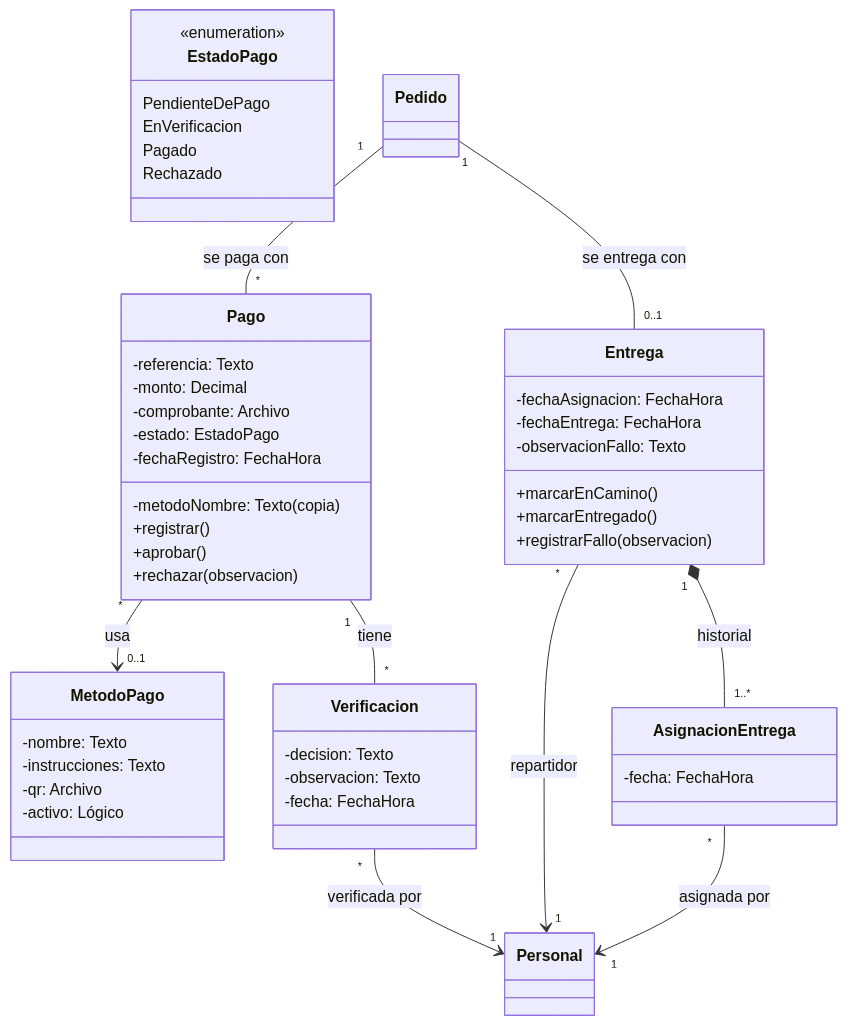
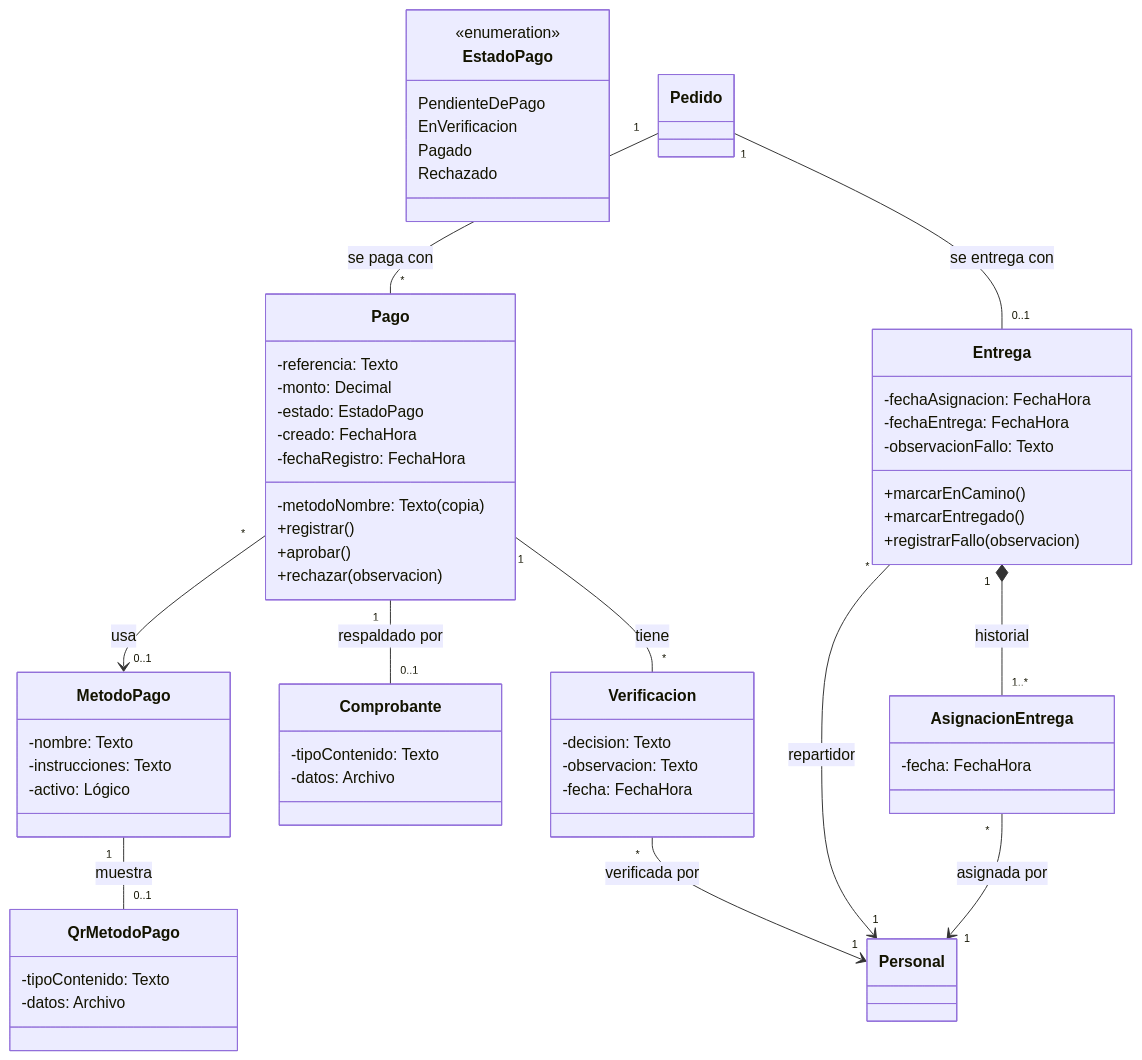
Before and after one commit to Anton10-AR/DulcesAromas: the seventh of 11 diagrams in docs/04-modelos-uml.md, drawn with Mermaid. The commit also changed other lines of this file, not shown here.

Commit message:
Modelos UML: ImagenProducto, Comprobante y QrMetodoPago en el diagrama de clases; atributos y componentes como en el código (RNF17)

````diff
--- a/docs/04-modelos-uml.md
+++ b/docs/04-modelos-uml.md
@@ -316,53 +323,62 @@
 ```mermaid
 classDiagram
   class Pago {
     -metodoNombre: Texto (copia)
     -referencia: Texto
     -monto: Decimal
-    -comprobante: Archivo
     -estado: EstadoPago
+    -creado: FechaHora
     -fechaRegistro: FechaHora
     +registrar()
     +aprobar()
     +rechazar(observacion)
   }
   class Verificacion {
     -decision: Texto
     -observacion: Texto
     -fecha: FechaHora
   }
   class Entrega {
     -fechaAsignacion: FechaHora
     -fechaEntrega: FechaHora
     -observacionFallo: Texto
     +marcarEnCamino()
     +marcarEntregado()
     +registrarFallo(observacion)
   }
   class AsignacionEntrega {
     -fecha: FechaHora
   }
   class MetodoPago {
     -nombre: Texto
     -instrucciones: Texto
-    -qr: Archivo
     -activo: Lógico
+  }
+  class Comprobante {
+    -tipoContenido: Texto
+    -datos: Archivo
+  }
+  class QrMetodoPago {
+    -tipoContenido: Texto
+    -datos: Archivo
   }
   class EstadoPago {
     <<enumeration>>
     PendienteDePago
     EnVerificacion
     Pagado
     Rechazado
   }
   class Pedido
   class Personal
   Pedido "1" -- "*" Pago : se paga con
   Pago "*" --> "0..1" MetodoPago : usa
+  Pago "1" -- "0..1" Comprobante : respaldado por
+  MetodoPago "1" -- "0..1" QrMetodoPago : muestra
   Pago "1" -- "*" Verificacion : tiene
   Verificacion "*" --> "1" Personal : verificada por
   Pedido "1" -- "0..1" Entrega : se entrega con
   Entrega "*" --> "1" Personal : repartidor
   Entrega "1" *-- "1..*" AsignacionEntrega : historial
   AsignacionEntrega "*" --> "1" Personal : asignada por
 ```
````
